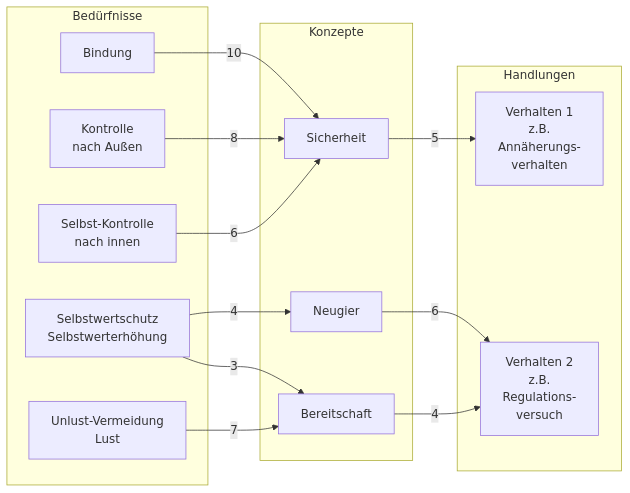
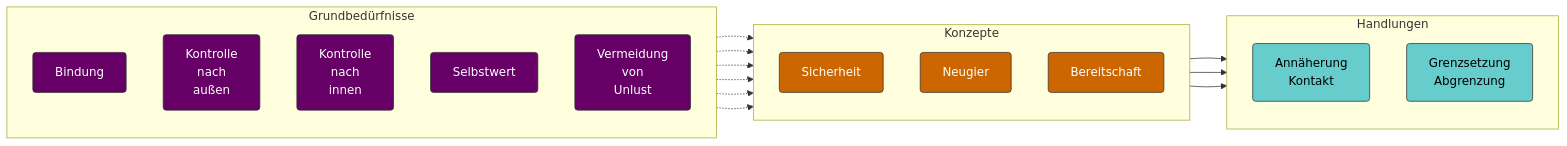
The first of 2 diagrams in Pädagogische Psychologie/Bedürfnis.md (jochen-hanisch/research), drawn with Mermaid before and after one commit. The commit also changed other lines of this file, not shown here.

Commit message:
Bedürfnis: Sprachliche Überarbeitung, Anpassung mapping Bedürfnis-Konzept-Verhalten (Abb. 2), APA Korrekturen

````diff
--- a/Pädagogische Psychologie/Bedürfnis.md
+++ b/Pädagogische Psychologie/Bedürfnis.md
@@ -132,33 +165,39 @@
 ```mermaid
 flowchart LR
-  subgraph Bedürfnisse
-    A1[Bindung]
-    A2[Kontrolle<br>nach Außen]
-    A3[Selbst-Kontrolle<br>nach innen]
-    A4[Selbstwertschutz<br>Selbstwerterhöhung]
-    A5[Unlust-Vermeidung<br>Lust]
-  end
-  
-  subgraph Konzepte
-    B1[Sicherheit]
-    B2[Neugier]
-    B3[Bereitschaft]
-  end
-  
-  subgraph Handlungen
-    C1[Verhalten 1<br>z.B.<br>Annäherungs-<br>verhalten]
-    C2[Verhalten 2<br>z.B.<br>Regulations-<br>versuch]
+  classDef bed fill:#660066,stroke:#333,color:#fff,rx:4,ry:4
+  classDef kon fill:#cc6600,stroke:#333,color:#fff,rx:4,ry:4
+  classDef han fill:#66cccc,stroke:#333,color:#000,rx:4,ry:4
+
+  subgraph Grundbedürfnisse
+    direction TB
+    A1["Bindung"]:::bed
+    A2["Kontrolle<br>nach<br>außen"]:::bed
+    A3["Kontrolle<br>nach<br>innen"]:::bed
+    A4["Selbstwert"]:::bed
+    A5["Vermeidung<br>von<br>Unlust"]:::bed
   end
 
-  A1 -- 10 --> B1
-  A2 -- 8 --> B1
-  A3 -- 6 --> B1
-  A4 -- 4 --> B2
-  A4 -- 3 --> B3
-  A5 -- 7 --> B3
+  subgraph Konzepte
+    direction TB
+    B1["Sicherheit"]:::kon
+    B2["Neugier"]:::kon
+    B3["Bereitschaft"]:::kon
+  end
 
-  B1 -- 5 --> C1
-  B2 -- 6 --> C2
-  B3 -- 4 --> C2
+  subgraph Handlungen
+    direction TB
+    C1["Annäherung<br>Kontakt"]:::han
+    C2["Grenzsetzung<br>Abgrenzung"]:::han
+  end
 
+  A1 -.-> B1
+  A2 -.-> B1
+  A3 -.-> B1
+  A4 -.-> B2
+  A4 -.-> B3
+  A5 -.-> B3
+
+  B1 --> C1
+  B2 --> C2
+  B3 --> C2
 ```
````
